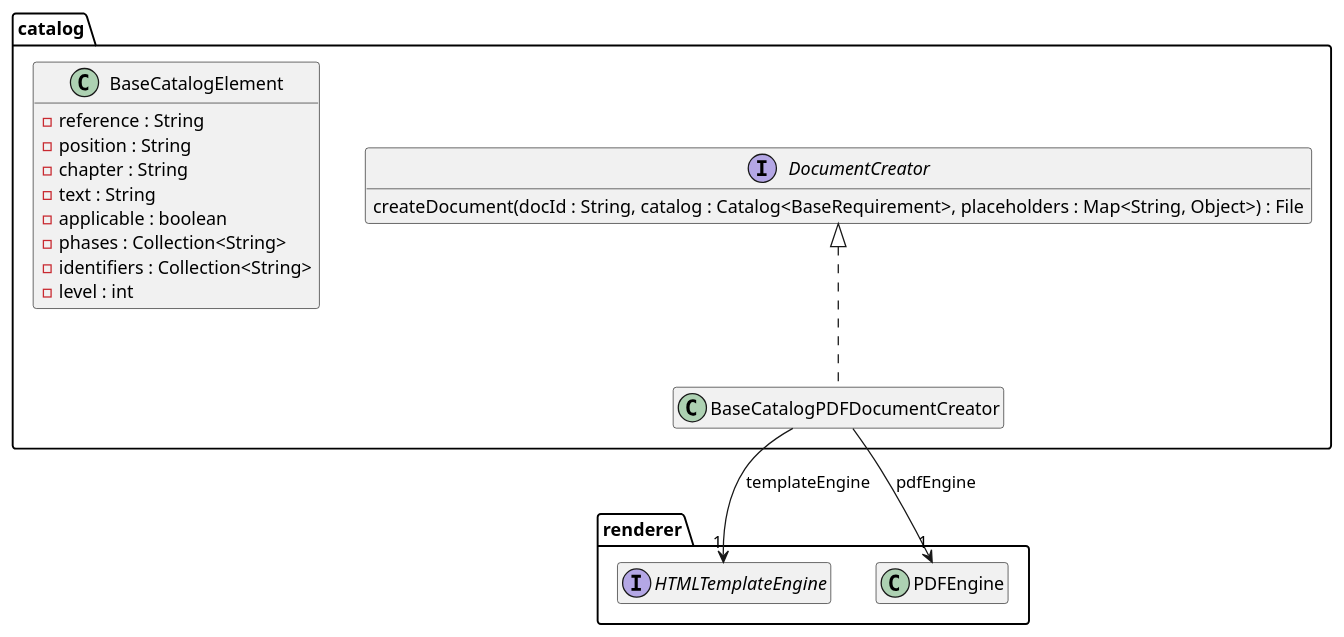
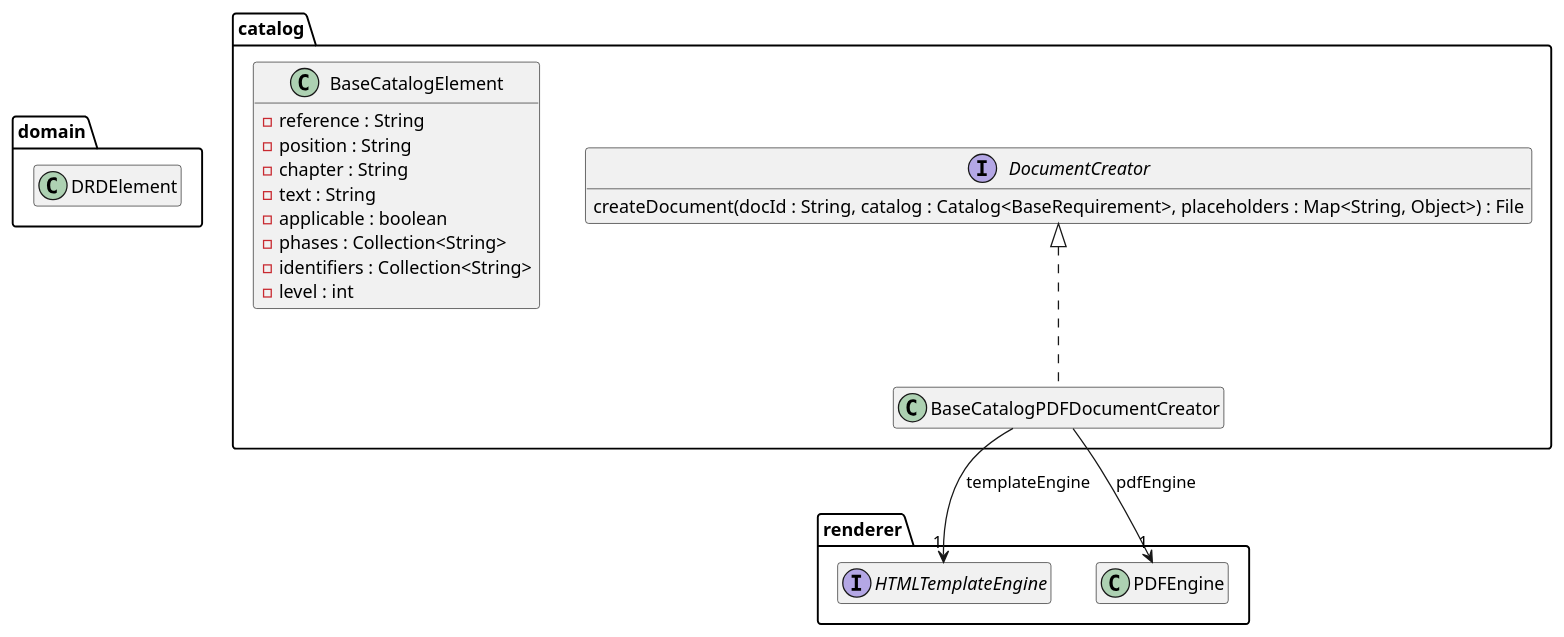
One commit to tailoringexpert/platform changed the diagram in src/site/arc42/plantuml/openhtmltopdf/catalog/Ebene3.plantuml. Above: the diagram before and after it, drawn with PlantUML. The commit also changed 10 other files, not shown here.

```diff
--- a/src/site/arc42/plantuml/openhtmltopdf/catalog/Ebene3.plantuml
+++ b/src/site/arc42/plantuml/openhtmltopdf/catalog/Ebene3.plantuml
@@ -1,33 +1,37 @@
 @startuml Ebene3.png
 hide empty members
+
+package domain {
+    class DRDElement
+}
 
 package renderer {
     interface HTMLTemplateEngine
     class PDFEngine
 }
 
 package catalog {
 
     interface DocumentCreator {
         createDocument(docId : String, catalog : Catalog<BaseRequirement>, placeholders : Map<String, Object>) : File
     }
 
     class BaseCatalogElement {
         -reference : String
         -position : String
         -chapter : String
         -text : String
         -applicable : boolean
         -phases : Collection<String>
         -identifiers : Collection<String>
         -level : int
     }
 
     class BaseCatalogPDFDocumentCreator {
     }
     DocumentCreator <|.. BaseCatalogPDFDocumentCreator
     BaseCatalogPDFDocumentCreator --> "1" HTMLTemplateEngine : templateEngine
     BaseCatalogPDFDocumentCreator --> "1" PDFEngine : pdfEngine
 
 }
 @enduml
```
